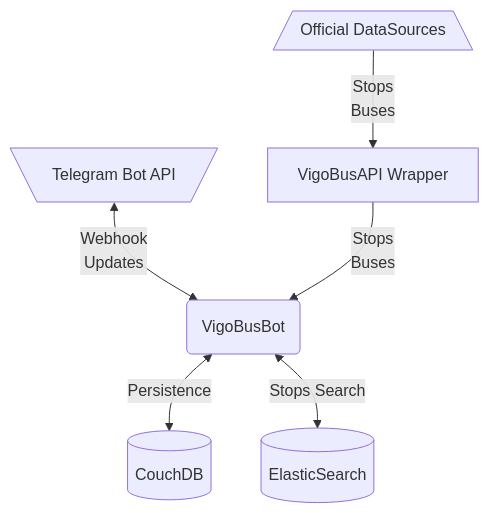
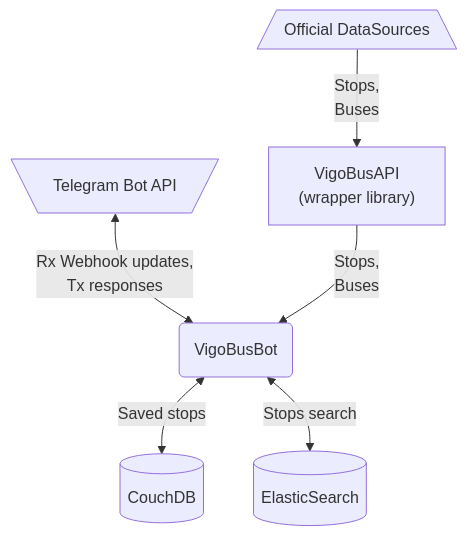
One commit to David-Lor/VigoBus-TelegramBot changed the first of 2 diagrams in README.md. Above: the diagram before and after it, drawn with Mermaid. The commit also changed other lines of this file, not shown here.

Commit message:
docs: update diagrams

````diff
--- a/README.md
+++ b/README.md
@@ -12,16 +12,16 @@
 ```mermaid
 graph TD;
 TelegramBotAPI[\Telegram Bot API/]
 VigoBusBot(VigoBusBot)
-VigoBusAPI[VigoBusAPI Wrapper]
+VigoBusAPI["VigoBusAPI\n(wrapper library)"]
 OfficialDataSources[/Official DataSources\]
 CouchDB[(CouchDB)]
 ElasticSearch[(ElasticSearch)]
 
-TelegramBotAPI <-- Webhook\nUpdates --> VigoBusBot
-VigoBusAPI -- Stops\nBuses --> VigoBusBot
-OfficialDataSources -- Stops\nBuses --> VigoBusAPI
+TelegramBotAPI <-- Rx Webhook updates,\nTx responses --> VigoBusBot
+VigoBusAPI -- Stops,\nBuses --> VigoBusBot
+OfficialDataSources -- Stops,\nBuses --> VigoBusAPI
 
-VigoBusBot <-- Persistence --> CouchDB
-VigoBusBot <-- Stops Search --> ElasticSearch
+VigoBusBot <-- Saved stops --> CouchDB
+VigoBusBot <-- Stops search --> ElasticSearch
 ```
````
